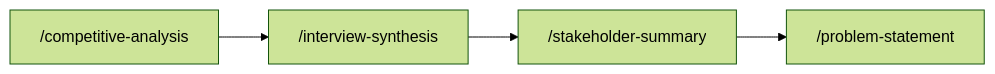
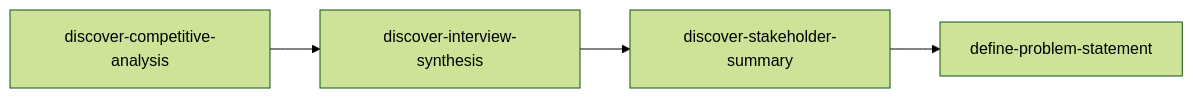
Before and after one commit to product-on-purpose/pm-skills: the fourth of 6 diagrams in docs/guides/recipes.md, drawn with Mermaid (forest theme). The commit also changed other lines of this file and 187 other files, not shown here.

````diff
--- a/docs/guides/recipes.md
+++ b/docs/guides/recipes.md
@@ -83,6 +83,6 @@
 ```mermaid
 flowchart LR
-    A["/competitive-analysis"] --> B["/interview-synthesis"]
-    B --> C["/stakeholder-summary"]
-    C --> D["/problem-statement"]
+    A["discover-competitive-analysis"] --> B["discover-interview-synthesis"]
+    B --> C["discover-stakeholder-summary"]
+    C --> D["define-problem-statement"]
 ```
````
